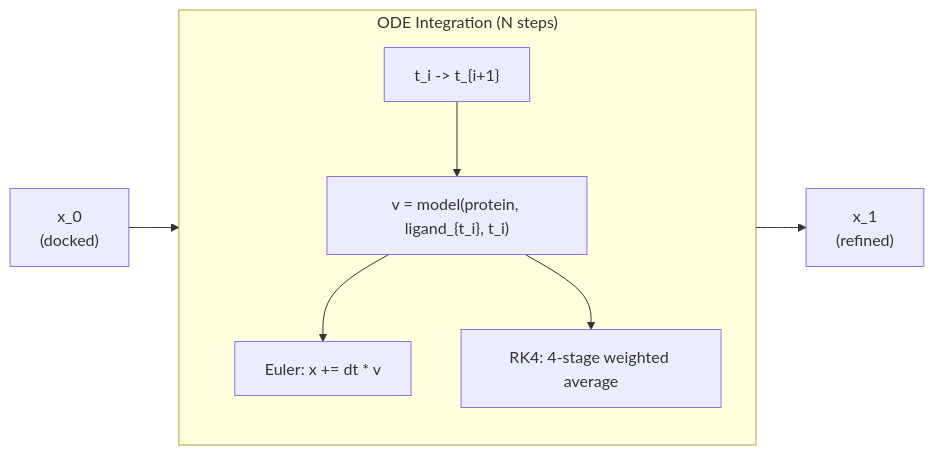
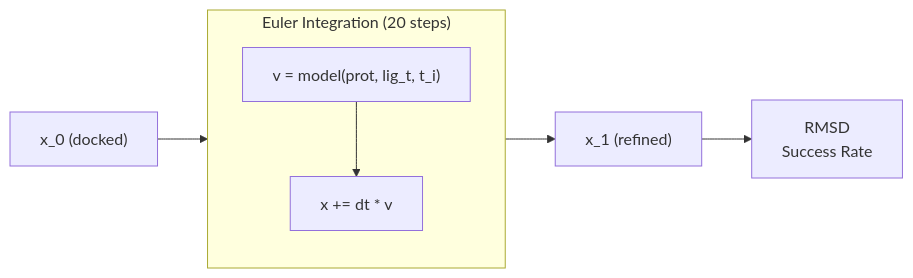
Before and after one commit to eightmm/FlowFix: the seventh of 7 diagrams in reports/architecture.md, drawn with Mermaid. The commit also changed other lines of this file and 2 other files, not shown here.

First line of the commit message:
Fix architecture docs to match trained model (joint graph, not cross-attention)

````diff
--- a/reports/architecture.md
+++ b/reports/architecture.md
@@ -311,17 +248,14 @@
 ```mermaid
 flowchart LR
-    X0["x_0<br/>(docked)"] --> LOOP
+    X0["x_0 (docked)"] --> LOOP
 
-    subgraph LOOP["ODE Integration (N steps)"]
+    subgraph LOOP["Euler Integration (20 steps)"]
         direction TB
-        T["t_i -> t_{i+1}"]
-        V["v = model(protein, ligand_{t_i}, t_i)"]
-        EU["Euler: x += dt * v"]
-        RK["RK4: 4-stage weighted average"]
-        T --> V
-        V --> EU
-        V --> RK
+        V["v = model(prot, lig_t, t_i)"]
+        U["x += dt * v"]
+        V --> U
     end
 
-    LOOP --> X1["x_1<br/>(refined)"]
+    LOOP --> X1["x_1 (refined)"]
+    X1 --> M["RMSD<br/>Success Rate"]
 ```
````
